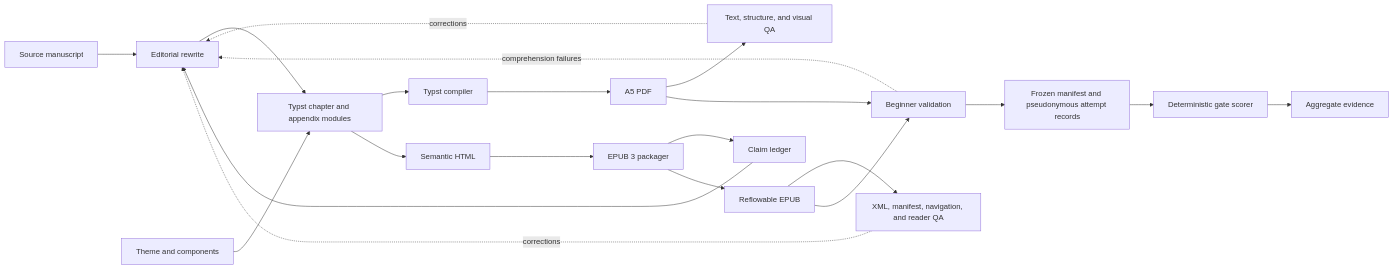
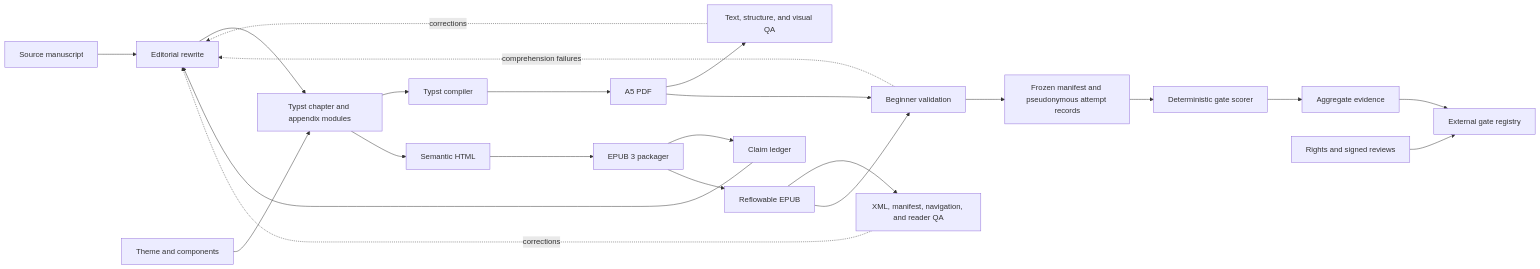
Before and after one commit to streamentry/streamentry: the fifth of 5 diagrams in AGENTS.md, drawn with Mermaid. The commit also changed other lines of this file and 32 other files, not shown here.

````diff
--- a/AGENTS.md
+++ b/AGENTS.md
@@ -140,23 +149,25 @@
 ```mermaid
 flowchart LR
   S["Source manuscript"] --> E["Editorial rewrite"]
   P["Primary texts and editions"] --> L["Claim ledger"]
   L --> E
   E --> T["Typst chapter and appendix modules"]
   Y["Theme and components"] --> T
   T --> C["Typst compiler"]
   C --> D["A5 PDF"]
   T --> H["Semantic HTML"]
   H --> P["EPUB 3 packager"]
   P --> U["Reflowable EPUB"]
   D --> Q["Text, structure, and visual QA"]
   U --> V["XML, manifest, navigation, and reader QA"]
   D --> B["Beginner validation"]
   U --> B
   B --> R["Frozen manifest and pseudonymous attempt records"]
   R --> SC["Deterministic gate scorer"]
   SC --> AE["Aggregate evidence"]
+  AE --> X["External gate registry"]
+  ER["Rights and signed reviews"] --> X
   Q -. "corrections" .-> E
   V -. "corrections" .-> E
   B -. "comprehension failures" .-> E
 ```
````
